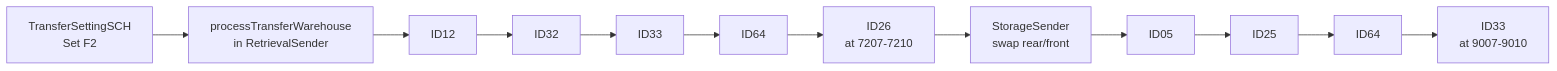
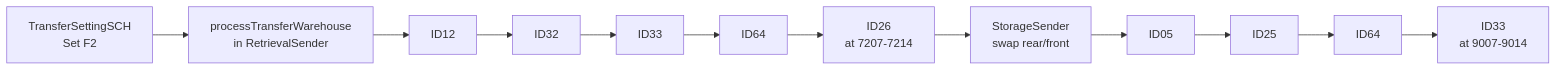
Before and after one commit to luthfiadityaa/SimeDarby-Wiki: the first of 3 diagrams in Basic-Design/DFD-WMS/Retrieval/Transfer-Setting/Tempering-to-Ambient.md, drawn with Mermaid. The commit also changed other lines of this file, not shown here.

First line of the commit message:
#6614 Transfer Setting Tempering-to-Ambient: detailed planning and flow

```diff
--- a/Basic-Design/DFD-WMS/Retrieval/Transfer-Setting/Tempering-to-Ambient.md
+++ b/Basic-Design/DFD-WMS/Retrieval/Transfer-Setting/Tempering-to-Ambient.md
@@ -8,5 +8,5 @@
 ::: mermaid
 flowchart LR
 
-P1[TransferSettingSCH<br/>Set F2]-->P2[processTransferWarehouse<br/>in RetrievalSender]-->P3[ID12]-->P4[ID32]-->P5[ID33]-->P6[ID64]-->P7[ID26<br/>at 7207-7210]-->P8[StorageSender<br/>swap rear/front]-->P9[ID05]-->P10[ID25]-->P11[ID64]-->P12[ID33<br/>at 9007-9010]
+P1[TransferSettingSCH<br/>Set F2]-->P2[processTransferWarehouse<br/>in RetrievalSender]-->P3[ID12]-->P4[ID32]-->P5[ID33]-->P6[ID64]-->P7[ID26<br/>at 7207-7214]-->P8[StorageSender<br/>swap rear/front]-->P9[ID05]-->P10[ID25]-->P11[ID64]-->P12[ID33<br/>at 9007-9014]
 :::
```
